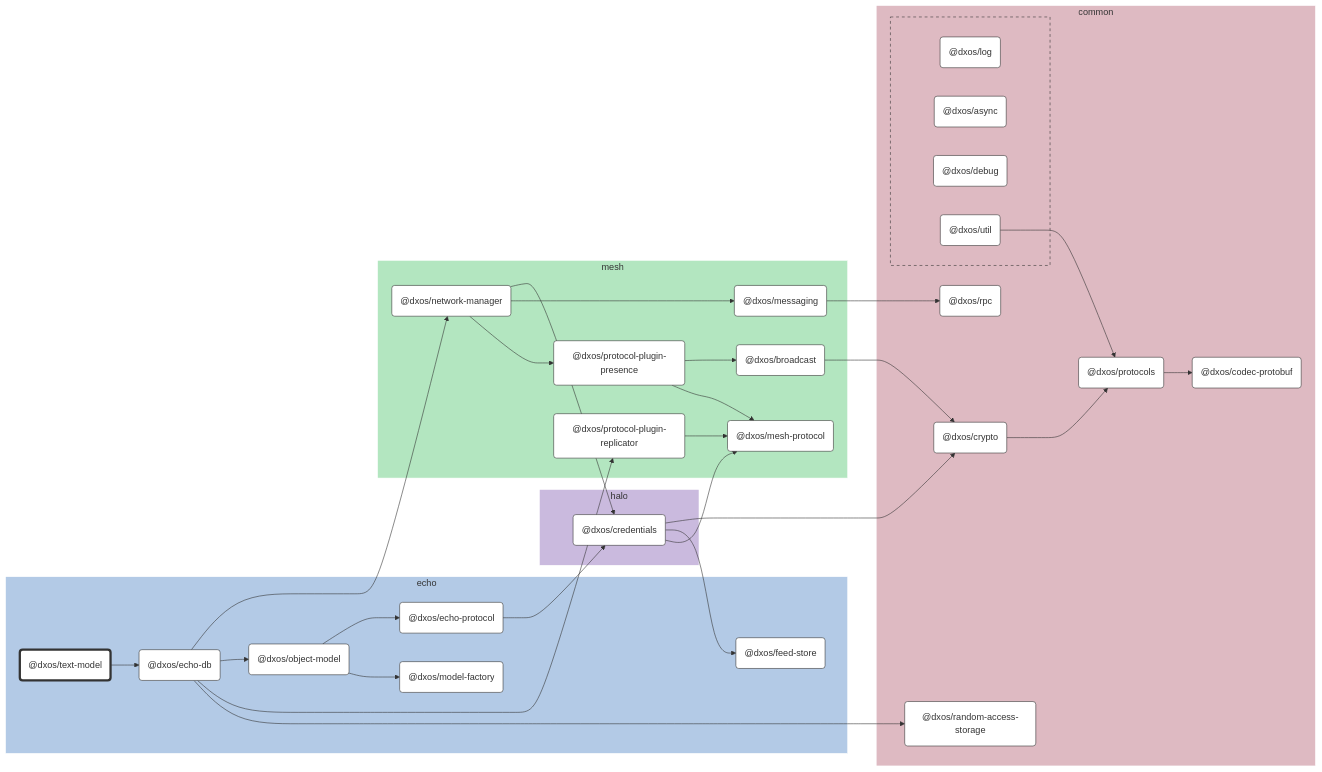
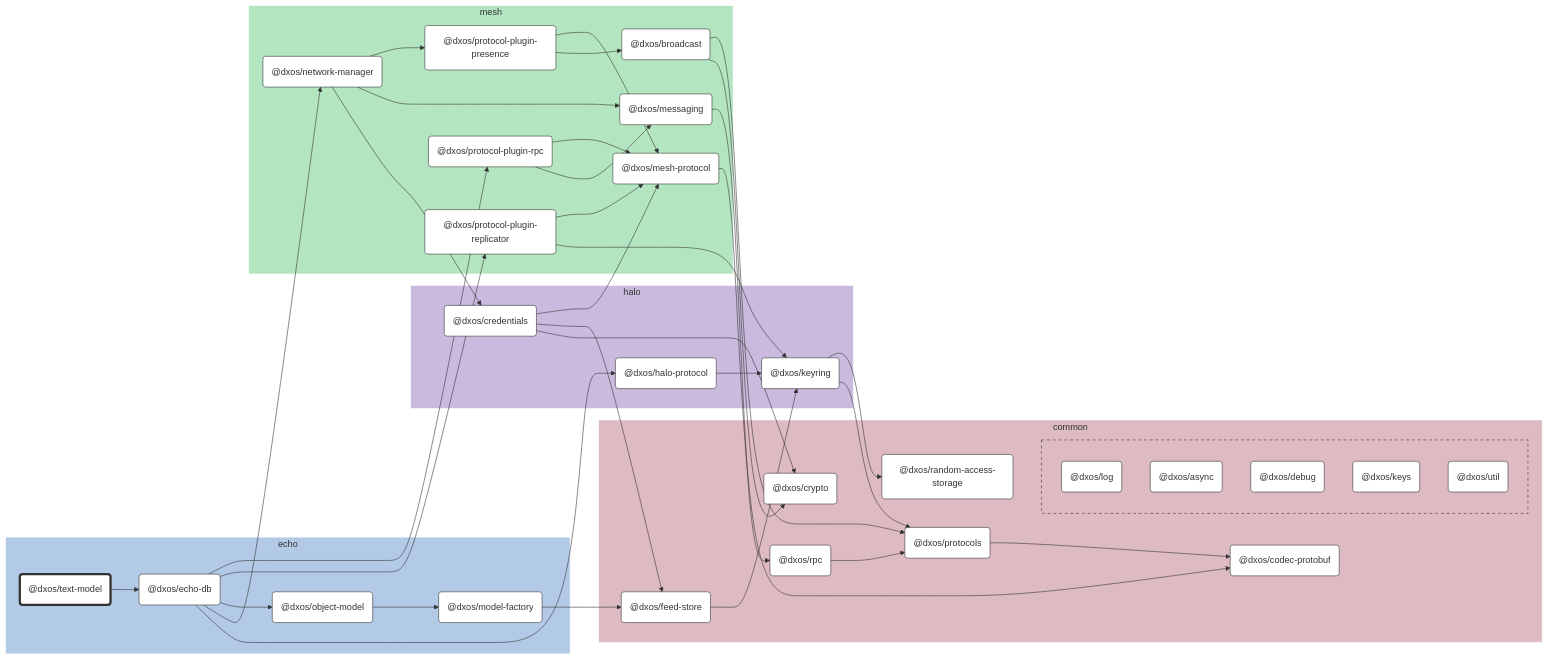
The diagram in packages/echo/text-model/docs/README.md (dxos/dxos), drawn with Mermaid before and after one commit. The commit also changed other lines of this file and 52 other files, not shown here.

````diff
--- a/packages/echo/text-model/docs/README.md
+++ b/packages/echo/text-model/docs/README.md
@@ -21,10 +21,6 @@
   click dxos/text-model "dxos/dxos/tree/main/packages/echo/text-model/docs"
   dxos/echo-db("@dxos/echo-db"):::def
   click dxos/echo-db "dxos/dxos/tree/main/packages/echo/echo-db/docs"
-  dxos/feed-store("@dxos/feed-store"):::def
-  click dxos/feed-store "dxos/dxos/tree/main/packages/echo/feed-store/docs"
-  dxos/echo-protocol("@dxos/echo-protocol"):::def
-  click dxos/echo-protocol "dxos/dxos/tree/main/packages/echo/echo-protocol/docs"
   dxos/model-factory("@dxos/model-factory"):::def
   click dxos/model-factory "dxos/dxos/tree/main/packages/echo/model-factory/docs"
   dxos/object-model("@dxos/object-model"):::def
@@ -37,12 +33,14 @@
   click dxos/codec-protobuf "dxos/dxos/tree/main/packages/common/codec-protobuf/docs"
   dxos/crypto("@dxos/crypto"):::def
   click dxos/crypto "dxos/dxos/tree/main/packages/common/crypto/docs"
+  dxos/feed-store("@dxos/feed-store"):::def
+  click dxos/feed-store "dxos/dxos/tree/main/packages/common/feed-store/docs"
   dxos/protocols("@dxos/protocols"):::def
   click dxos/protocols "dxos/dxos/tree/main/packages/common/protocols/docs"
+  dxos/random-access-storage("@dxos/random-access-storage"):::def
+  click dxos/random-access-storage "dxos/dxos/tree/main/packages/common/random-access-storage/docs"
   dxos/rpc("@dxos/rpc"):::def
   click dxos/rpc "dxos/dxos/tree/main/packages/common/rpc/docs"
-  dxos/random-access-storage("@dxos/random-access-storage"):::def
-  click dxos/random-access-storage "dxos/dxos/tree/main/packages/common/random-access-storage/docs"
 
   subgraph common-excluded [ ]
     style common-excluded fill:#debac2,stroke:#333,stroke-dasharray:5 5
@@ -52,6 +50,8 @@
     click dxos/async "dxos/dxos/tree/main/packages/common/async/docs"
     dxos/debug("@dxos/debug"):::def
     click dxos/debug "dxos/dxos/tree/main/packages/common/debug/docs"
+    dxos/keys("@dxos/keys"):::def
+    click dxos/keys "dxos/dxos/tree/main/packages/common/keys/docs"
     dxos/util("@dxos/util"):::def
     click dxos/util "dxos/dxos/tree/main/packages/common/util/docs"
   end
@@ -61,6 +61,10 @@
   style halo fill:#cabade,stroke:#fff
   dxos/credentials("@dxos/credentials"):::def
   click dxos/credentials "dxos/dxos/tree/main/packages/halo/credentials/docs"
+  dxos/keyring("@dxos/keyring"):::def
+  click dxos/keyring "dxos/dxos/tree/main/packages/halo/keyring/docs"
+  dxos/halo-protocol("@dxos/halo-protocol"):::def
+  click dxos/halo-protocol "dxos/dxos/tree/main/packages/halo/halo-protocol/docs"
 end
 
 subgraph mesh [mesh]
@@ -77,30 +81,40 @@
   click dxos/broadcast "dxos/dxos/tree/main/packages/mesh/broadcast/docs"
   dxos/protocol-plugin-replicator("@dxos/protocol-plugin-replicator"):::def
   click dxos/protocol-plugin-replicator "dxos/dxos/tree/main/packages/mesh/protocol-plugin-replicator/docs"
+  dxos/protocol-plugin-rpc("@dxos/protocol-plugin-rpc"):::def
+  click dxos/protocol-plugin-rpc "dxos/dxos/tree/main/packages/mesh/protocol-plugin-rpc/docs"
 end
 
 %% Links
 linkStyle default stroke:#333,stroke-width:1px
 dxos/text-model --> dxos/echo-db
 dxos/credentials --> dxos/crypto
-dxos/crypto --> dxos/protocols
+dxos/credentials --> dxos/feed-store
+dxos/feed-store --> dxos/keyring
+dxos/keyring --> dxos/protocols
 dxos/protocols --> dxos/codec-protobuf
-dxos/credentials --> dxos/feed-store
-dxos/util --> dxos/protocols
+dxos/keyring --> dxos/random-access-storage
 dxos/credentials --> dxos/mesh-protocol
-dxos/echo-protocol --> dxos/credentials
+dxos/mesh-protocol --> dxos/codec-protobuf
+dxos/echo-db --> dxos/halo-protocol
+dxos/halo-protocol --> dxos/keyring
 dxos/messaging --> dxos/rpc
+dxos/rpc --> dxos/protocols
+dxos/model-factory --> dxos/feed-store
 dxos/echo-db --> dxos/network-manager
 dxos/network-manager --> dxos/credentials
 dxos/network-manager --> dxos/messaging
 dxos/network-manager --> dxos/protocol-plugin-presence
 dxos/protocol-plugin-presence --> dxos/broadcast
 dxos/broadcast --> dxos/crypto
+dxos/broadcast --> dxos/protocols
 dxos/protocol-plugin-presence --> dxos/mesh-protocol
 dxos/echo-db --> dxos/object-model
-dxos/object-model --> dxos/echo-protocol
 dxos/object-model --> dxos/model-factory
 dxos/echo-db --> dxos/protocol-plugin-replicator
+dxos/protocol-plugin-replicator --> dxos/keyring
 dxos/protocol-plugin-replicator --> dxos/mesh-protocol
-dxos/echo-db --> dxos/random-access-storage
+dxos/echo-db --> dxos/protocol-plugin-rpc
+dxos/protocol-plugin-rpc --> dxos/messaging
+dxos/protocol-plugin-rpc --> dxos/mesh-protocol
 ```
````
